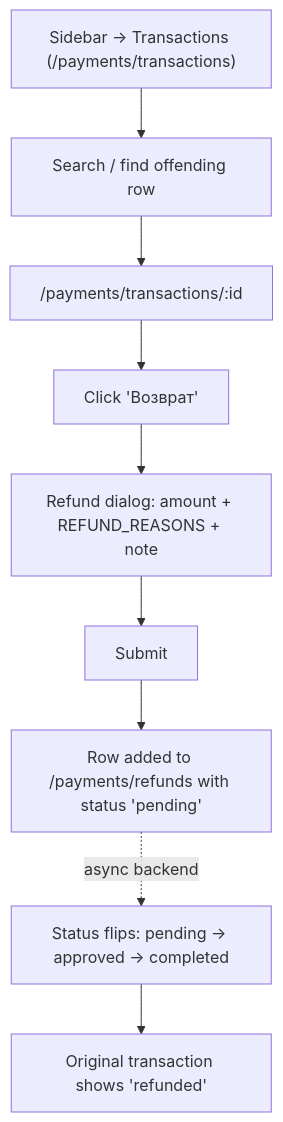
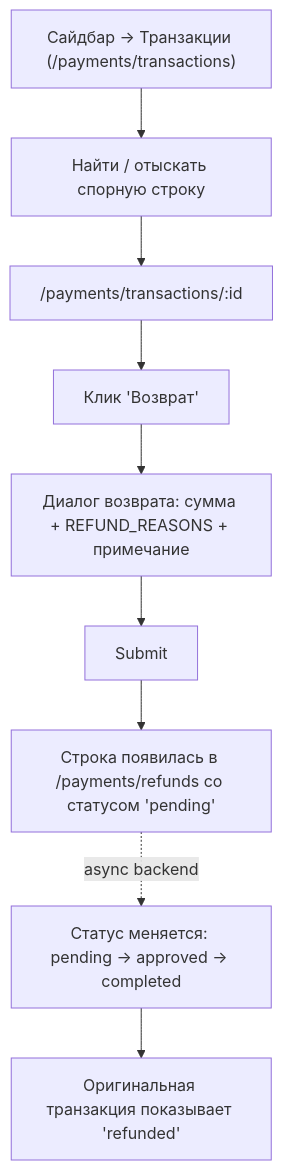
One commit to SardorAllaberganov/unipay-dashboard changed the tenth of 19 diagrams in docs/USER_FLOWS_BY_ROLE.md. Above: the diagram before and after it, drawn with Mermaid. The commit also changed other lines of this file and 1 other file, not shown here.

First line of the commit message:
docs: translate IA + role-flow docs to Russian

````diff
--- a/docs/USER_FLOWS_BY_ROLE.md
+++ b/docs/USER_FLOWS_BY_ROLE.md
@@ -377,11 +377,11 @@
 ```mermaid
 flowchart TD
-  A["Sidebar → Transactions (/payments/transactions)"] --> B["Search / find offending row"]
+  A["Сайдбар → Транзакции (/payments/transactions)"] --> B["Найти / отыскать спорную строку"]
   B --> C["/payments/transactions/:id"]
-  C --> D["Click 'Возврат'"]
-  D --> E["Refund dialog: amount + REFUND_REASONS + note"]
+  C --> D["Клик 'Возврат'"]
+  D --> E["Диалог возврата: сумма + REFUND_REASONS + примечание"]
   E --> F[Submit]
-  F --> G["Row added to /payments/refunds with status 'pending'"]
-  G -. async backend .-> H["Status flips: pending → approved → completed"]
-  H --> I["Original transaction shows 'refunded'"]
+  F --> G["Строка появилась в /payments/refunds со статусом 'pending'"]
+  G -. async backend .-> H["Статус меняется: pending → approved → completed"]
+  H --> I["Оригинальная транзакция показывает 'refunded'"]
 ```
````
